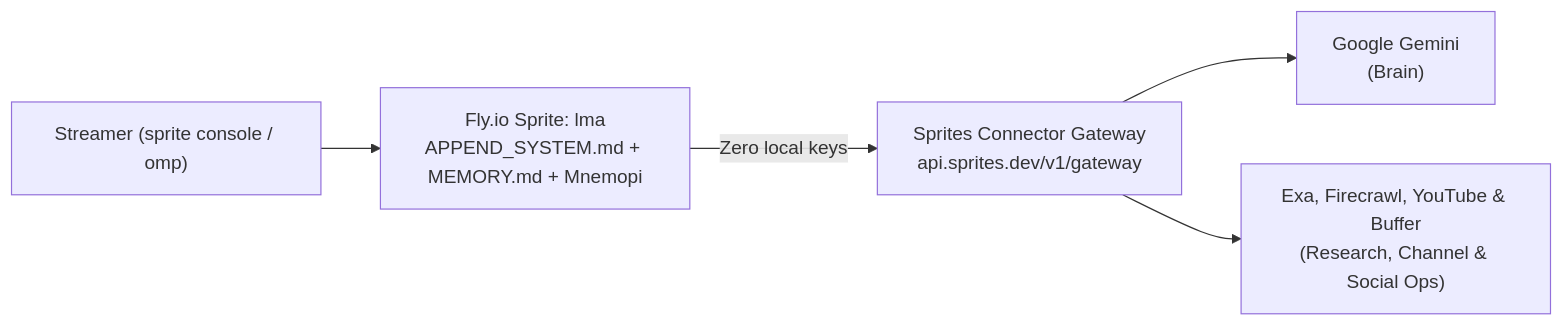
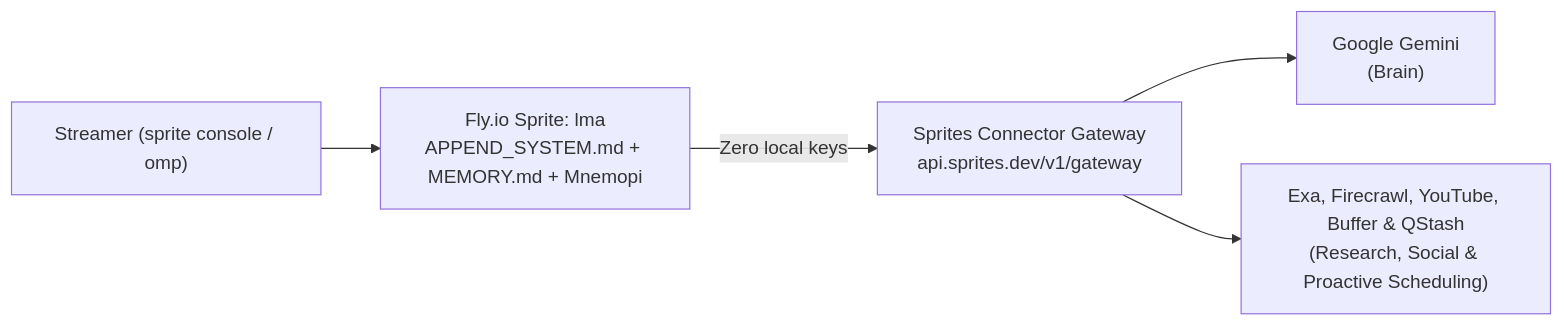
One commit to roffidaijoubu/otto changed the diagram in README.md. Above: the diagram before and after it, drawn with Mermaid. The commit also changed other lines of this file and 4 other files, not shown here.

Commit message:
feat: add Upstash QStash self-scheduling wake-up connector, signed /api/wakeup, and passcode auth gate

````diff
--- a/README.md
+++ b/README.md
@@ -51,7 +51,7 @@
 ```mermaid
 flowchart LR
     U["Streamer (sprite console / omp)"] --> S["Fly.io Sprite: lma<br/>APPEND_SYSTEM.md + MEMORY.md + Mnemopi"]
     S -->|"Zero local keys"| G["Sprites Connector Gateway<br/>api.sprites.dev/v1/gateway"]
     G --> M["Google Gemini<br/>(Brain)"]
-    G --> E["Exa, Firecrawl, YouTube &amp; Buffer<br/>(Research, Channel &amp; Social Ops)"]
+    G --> E["Exa, Firecrawl, YouTube, Buffer &amp; QStash<br/>(Research, Social &amp; Proactive Scheduling)"]
 ```
````
